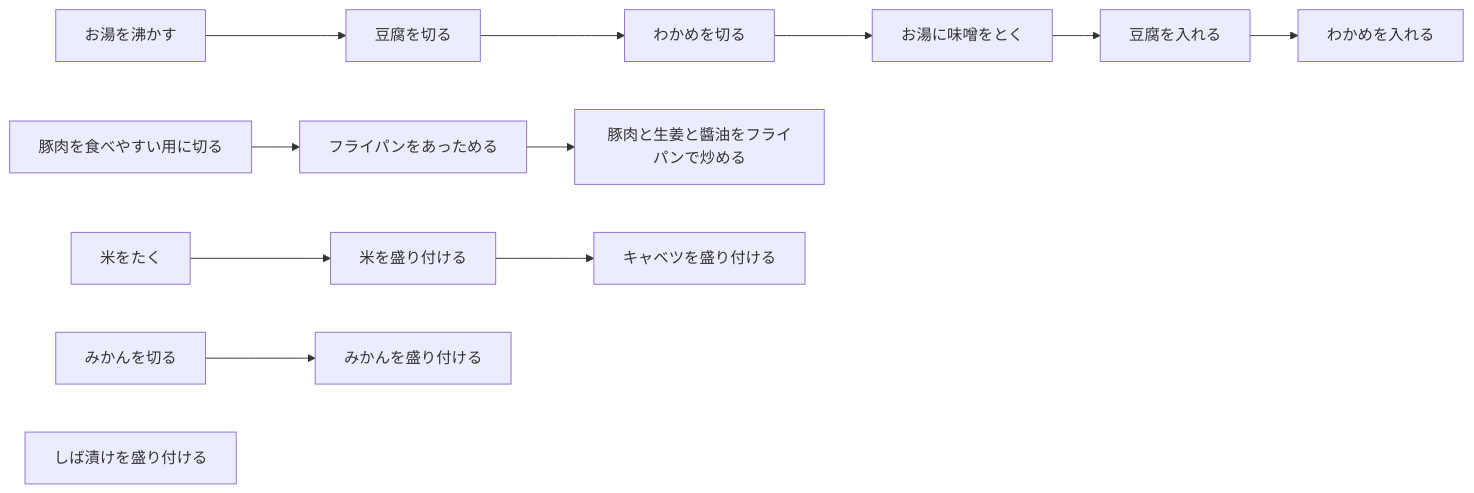
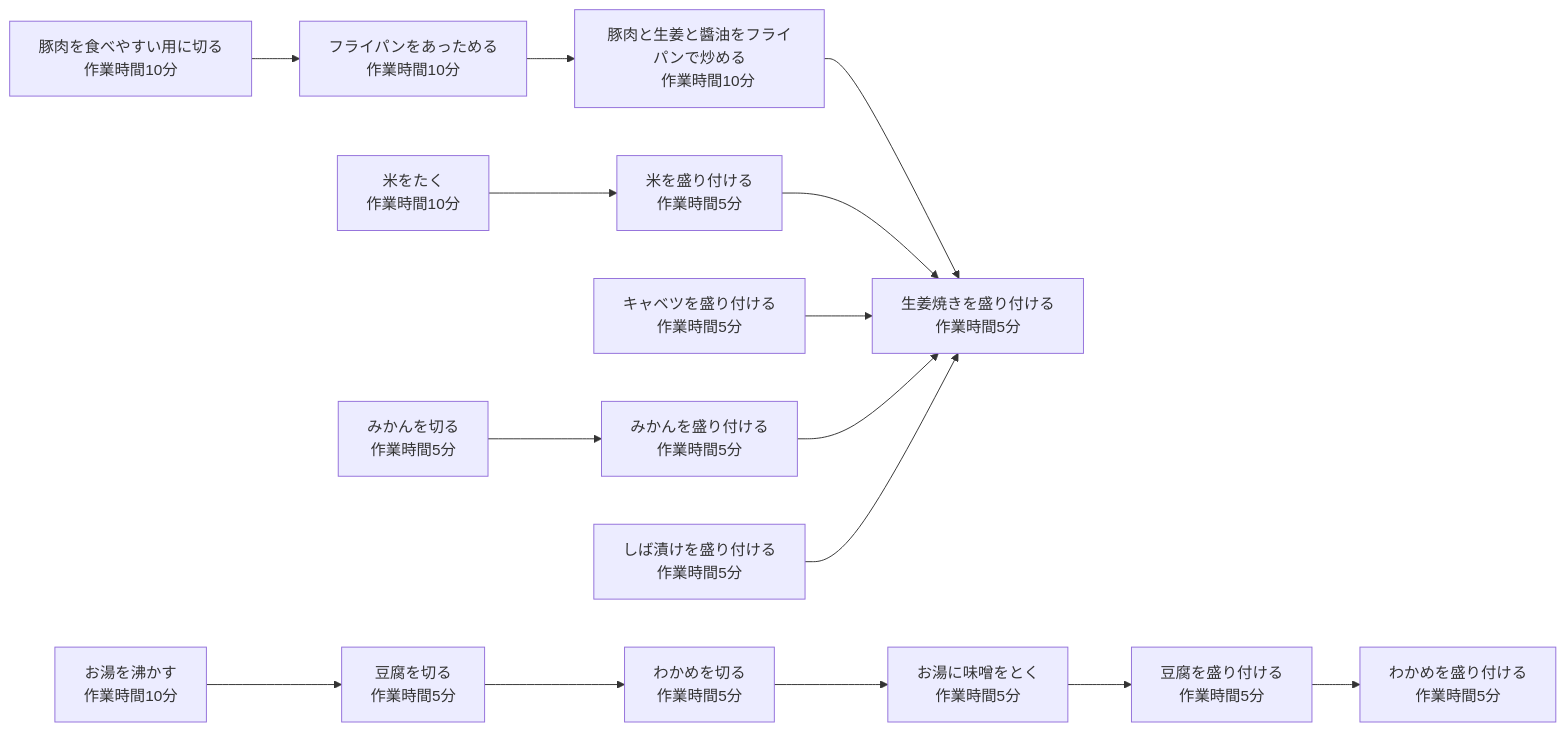
One commit to Raiki215/syougayaki changed the diagram in WBS_1_5_izon.md. Above: the diagram before and after it, drawn with Mermaid.

Commit message:
izon修正

````diff
--- a/WBS_1_5_izon.md
+++ b/WBS_1_5_izon.md
@@ -1,23 +1,44 @@
 ```mermaid
 flowchart LR
-    id7["米をたく"]
-    id8["豚肉を食べやすい用に切る"]
-    id9["お湯を沸かす"]
-    id10["豆腐を切る"]
-    id11["わかめを切る"]
-    id12["みかんを切る"]
-    id13["フライパンをあっためる"]
-    m0["米を盛り付ける"]
-    id14["豚肉と生姜と醬油をフライパンで炒める"]
-    m1["キャベツを盛り付ける"]
-    id15["お湯に味噌をとく"]
-    id16["豆腐を入れる"]
-    id17["わかめを入れる"]
-    m2["しば漬けを盛り付ける"]
-    m3["みかんを盛り付ける"]
+    id7["米をたく
+    作業時間10分"]
+    id8["豚肉を食べやすい用に切る
+    作業時間10分"]
+    id9["お湯を沸かす
+    作業時間10分"]
+    id10["豆腐を切る
+    作業時間5分"]
+    id11["わかめを切る
+    作業時間5分"]
+    id12["みかんを切る
+    作業時間5分"]
+    id13["フライパンをあっためる
+    作業時間10分"]
+    m0["米を盛り付ける
+    作業時間5分"]
+    id14["豚肉と生姜と醬油をフライパンで炒める
+    作業時間10分"]
+    m4["生姜焼きを盛り付ける
+    作業時間5分"]
+    m1["キャベツを盛り付ける
+    作業時間5分"]
+    id15["お湯に味噌をとく
+    作業時間5分"]
+    id16["豆腐を盛り付ける
+    作業時間5分"]
+    id17["わかめを盛り付ける
+    作業時間5分"]
+    m2["しば漬けを盛り付ける
+    作業時間5分"]
+    m3["みかんを盛り付ける
+    作業時間5分"]
     id7-->m0
     id8-->id13-->id14
     id9-->id10-->id11-->id15-->id16-->id17
     id12-->m3
-    m0-->m1
+    id14-->m4
+    m0-->m4
+    m1-->m4
+    m3-->m4
+    m2-->m4
 ```
````
